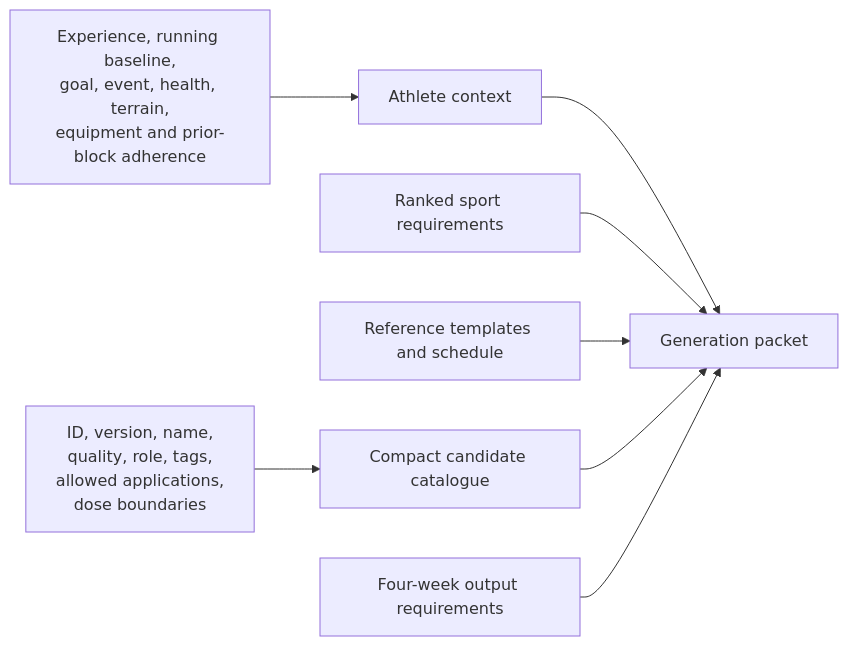
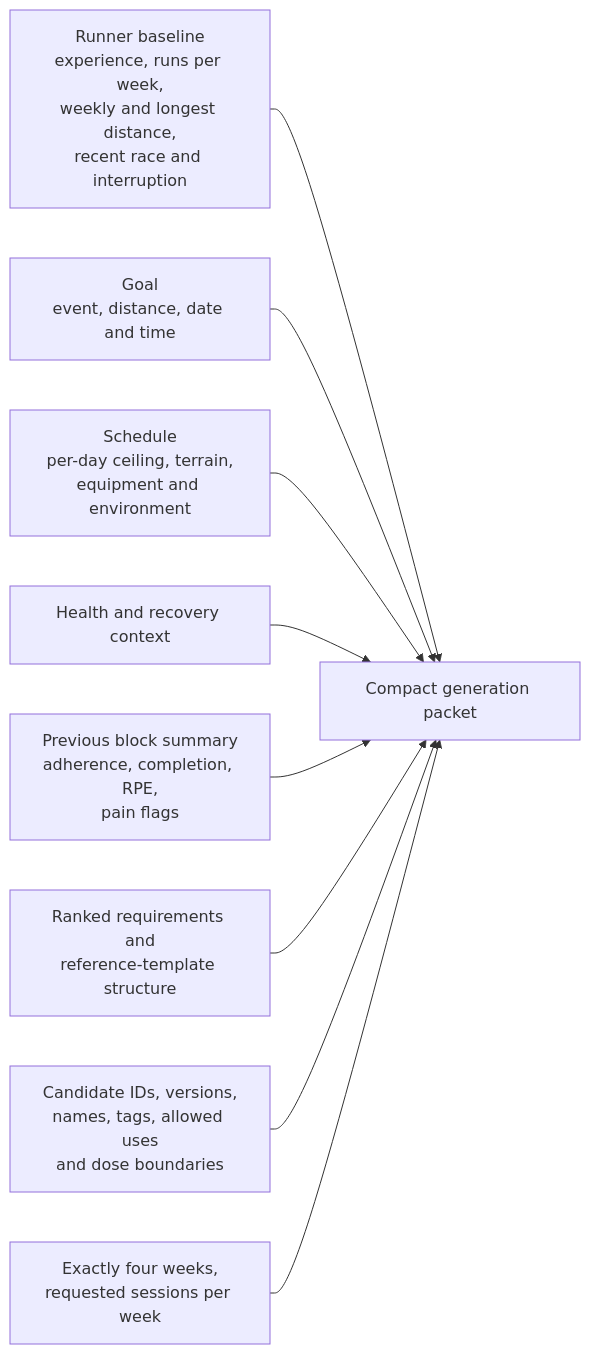
One commit to vamshikrishnabrungi/Fitness-App changed the third of 7 diagrams in docs/training-generation-architecture.md. Above: the diagram before and after it, drawn with Mermaid. The commit also changed other lines of this file, not shown here.

Commit message:
Document running-only architecture

````diff
--- a/docs/training-generation-architecture.md
+++ b/docs/training-generation-architecture.md
@@ -62,11 +80,11 @@
 ```mermaid
 flowchart LR
-    A[Athlete context] --> PACKET[Generation packet]
-    S[Ranked sport requirements] --> PACKET
-    T[Reference templates and schedule] --> PACKET
-    C[Compact candidate catalogue] --> PACKET
-    O[Four-week output requirements] --> PACKET
-
-    A1[Experience, running baseline,<br/>goal, event, health, terrain,<br/>equipment and prior-block adherence] --> A
-    C1[ID, version, name,<br/>quality, role, tags,<br/>allowed applications,<br/>dose boundaries] --> C
+    BASELINE[Runner baseline<br/>experience, runs per week,<br/>weekly and longest distance,<br/>recent race and interruption] --> PACKET[Compact generation packet]
+    GOAL[Goal<br/>event, distance, date and time] --> PACKET
+    ACCESS[Schedule<br/>per-day ceiling, terrain,<br/>equipment and environment] --> PACKET
+    HEALTH[Health and recovery context] --> PACKET
+    PRIOR[Previous block summary<br/>adherence, completion, RPE,<br/>pain flags] --> PACKET
+    REFS[Ranked requirements and<br/>reference-template structure] --> PACKET
+    CANDIDATES[Candidate IDs, versions,<br/>names, tags, allowed uses<br/>and dose boundaries] --> PACKET
+    CONTRACT[Exactly four weeks,<br/>requested sessions per week] --> PACKET
 ```
````
